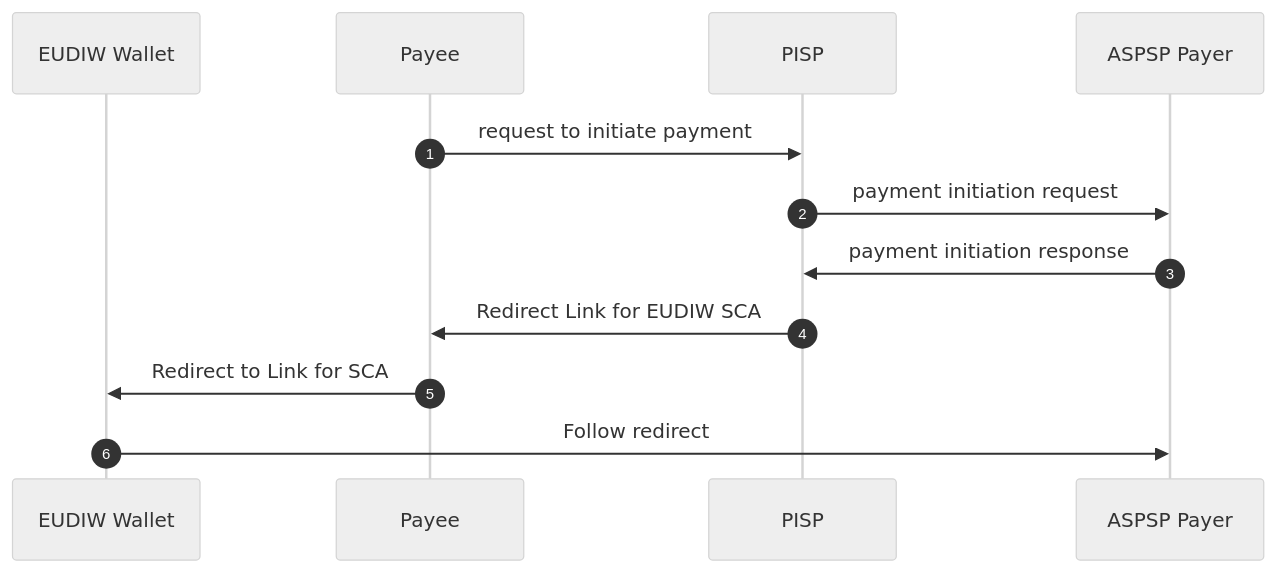
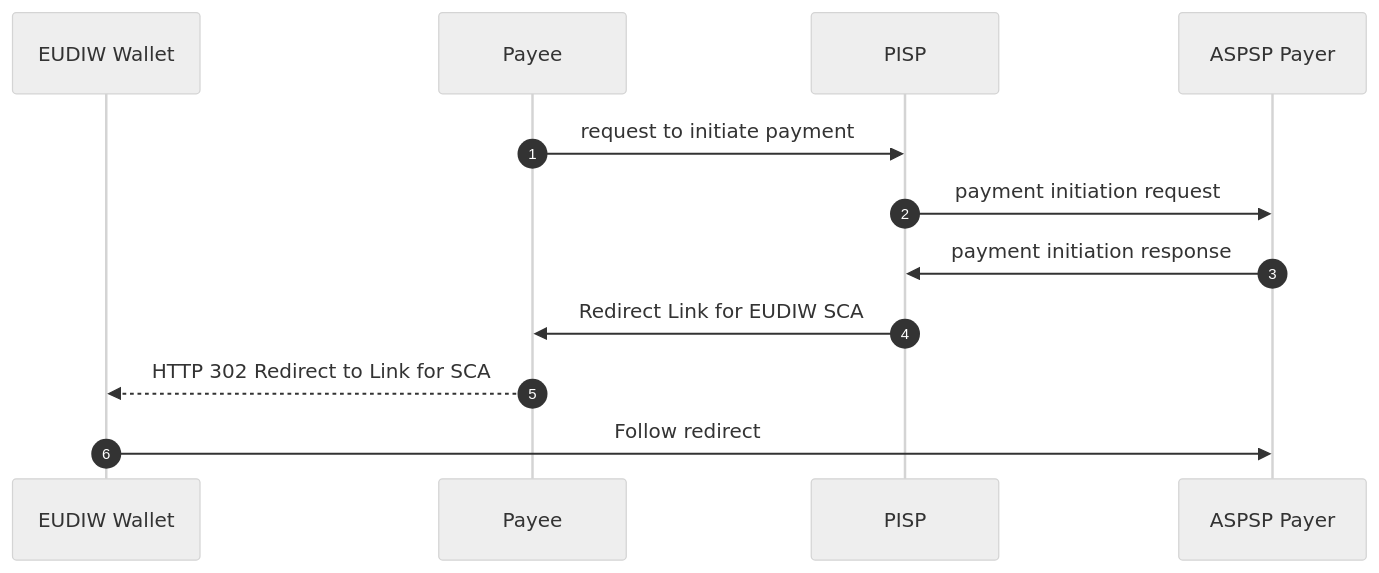
One commit to digitallabor-berlin/eudiw-sca changed the second of 4 diagrams in openbanking-r2s.md. Above: the diagram before and after it, drawn with Mermaid (neutral theme). The commit also changed other lines of this file, not shown here.

Commit message:
added HTTP codes

````diff
--- a/openbanking-r2s.md
+++ b/openbanking-r2s.md
@@ -117,17 +117,17 @@
 ```mermaid
 
 sequenceDiagram
     autonumber
     participant uw as EUDIW Wallet
     participant payee as Payee
     participant pisp as PISP
     participant bank as ASPSP Payer
 
     payee ->> pisp: request to initiate payment 
     pisp ->> bank: payment initiation request
     bank ->> pisp: payment initiation response
     pisp ->> payee: Redirect Link for EUDIW SCA
-    payee ->> uw: Redirect to Link for SCA
+    payee -->> uw: HTTP 302 Redirect to Link for SCA
     uw ->> bank: Follow redirect
 
 ```
````
